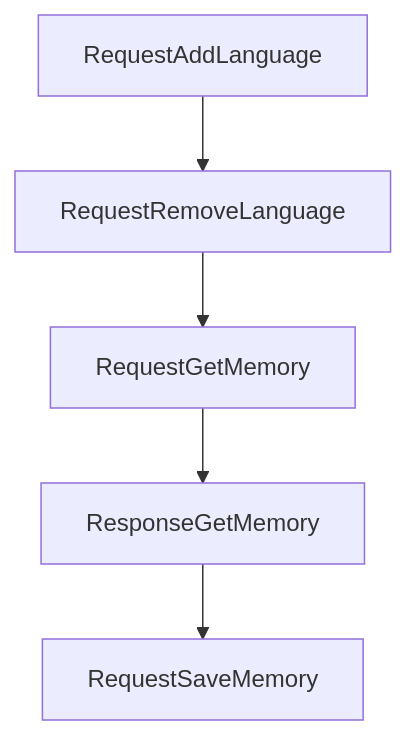
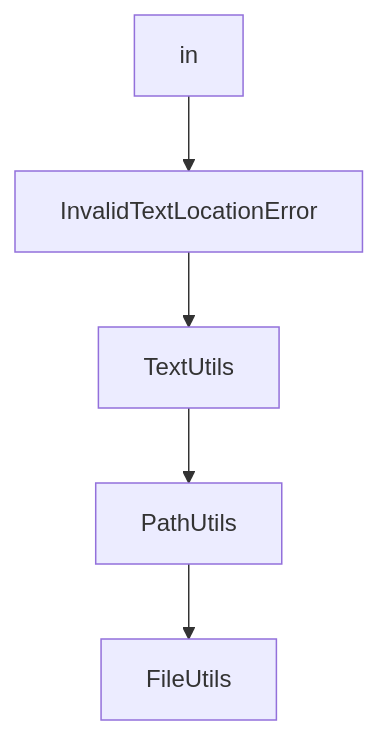
The diagram in tutorials/serena-tutorial/06-configuration-and-operational-controls.md (johnxie/awesome-code-docs), drawn with Mermaid before and after one commit. The commit also changed other lines of this file and 1232 other files, not shown here.

````diff
--- a/tutorials/serena-tutorial/06-configuration-and-operational-controls.md
+++ b/tutorials/serena-tutorial/06-configuration-and-operational-controls.md
@@ -220,12 +218,12 @@
 ```mermaid
 flowchart TD
-    A[RequestAddLanguage]
-    B[RequestRemoveLanguage]
-    C[RequestGetMemory]
-    D[ResponseGetMemory]
-    E[RequestSaveMemory]
+    A[in]
+    B[InvalidTextLocationError]
+    C[TextUtils]
+    D[PathUtils]
+    E[FileUtils]
     A --> B
     B --> C
     C --> D
     D --> E
 ```
````
